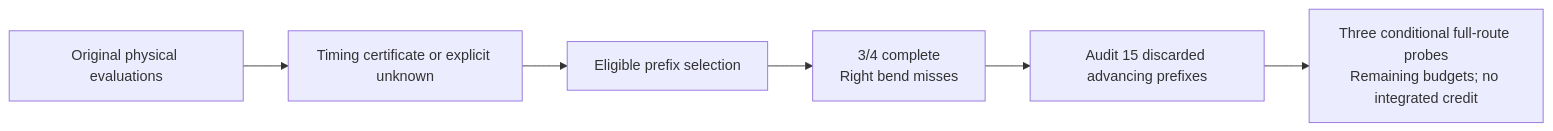
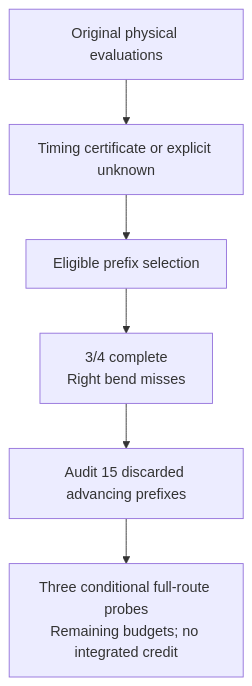
One commit to manfromnowhere143/sentinel changed the eighth of 10 diagrams in docs/ARCHITECTURE.md. Above: the diagram before and after it, drawn with Mermaid. The commit also changed other lines of this file and 8 other files, not shown here.

````diff
--- a/docs/ARCHITECTURE.md
+++ b/docs/ARCHITECTURE.md
@@ -658,8 +676,10 @@
 ```mermaid
-flowchart LR
+flowchart TB
+  accTitle: Timing eligibility before selection
+  accDescr: Physical evaluation precedes timing eligibility and unchanged selection.
   A["Original physical evaluations"] --> B["Timing certificate or explicit unknown"]
   B --> C["Eligible prefix selection"]
   C --> D["3/4 complete<br/>Right bend misses"]
   D --> E["Audit 15 discarded advancing prefixes"]
   E --> F["Three conditional full-route probes<br/>Remaining budgets; no integrated credit"]
 ```
````
